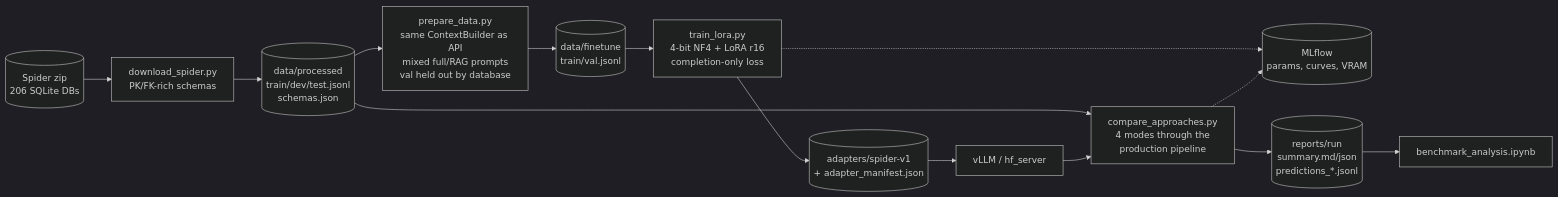
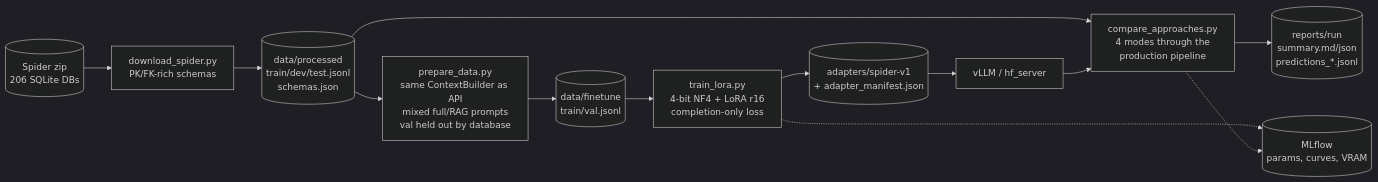
The second of 3 diagrams in docs/ARCHITECTURE.md (Hardik1608/text-to-sql-llm-platform), drawn with Mermaid (dark theme) before and after one commit. The commit also changed 6 other files, not shown here.

````diff
--- a/docs/ARCHITECTURE.md
+++ b/docs/ARCHITECTURE.md
@@ -49,16 +49,15 @@
 ```mermaid
 flowchart LR
     S[(Spider zip<br/>206 SQLite DBs)] --> I[download_spider.py<br/>PK/FK-rich schemas]
     I --> P[(data/processed<br/>train/dev/test.jsonl<br/>schemas.json)]
     P --> D[prepare_data.py<br/>same ContextBuilder as API<br/>mixed full/RAG prompts<br/>val held out by database]
     D --> F[(data/finetune<br/>train/val.jsonl)]
     F --> T[train_lora.py<br/>4-bit NF4 + LoRA r16<br/>completion-only loss]
     T --> AD[(adapters/spider-v1<br/>+ adapter_manifest.json)]
     T -.-> M[(MLflow<br/>params, curves, VRAM)]
     AD --> VL[vLLM / hf_server]
     P --> CMP[compare_approaches.py<br/>4 modes through the<br/>production pipeline]
     VL --> CMP
     CMP --> REP[(reports/run<br/>summary.md/json<br/>predictions_*.jsonl)]
     CMP -.-> M
-    REP --> NB[benchmark_analysis.ipynb]
 ```
````
